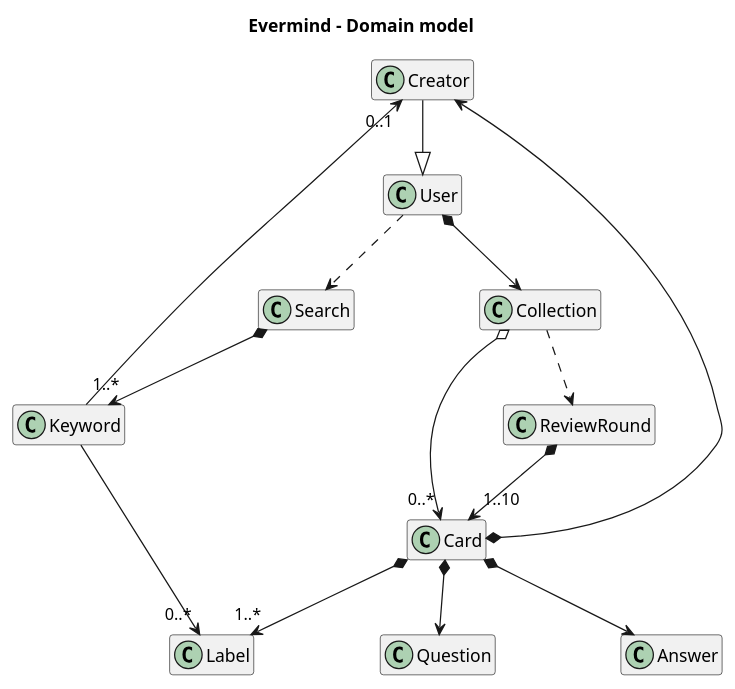
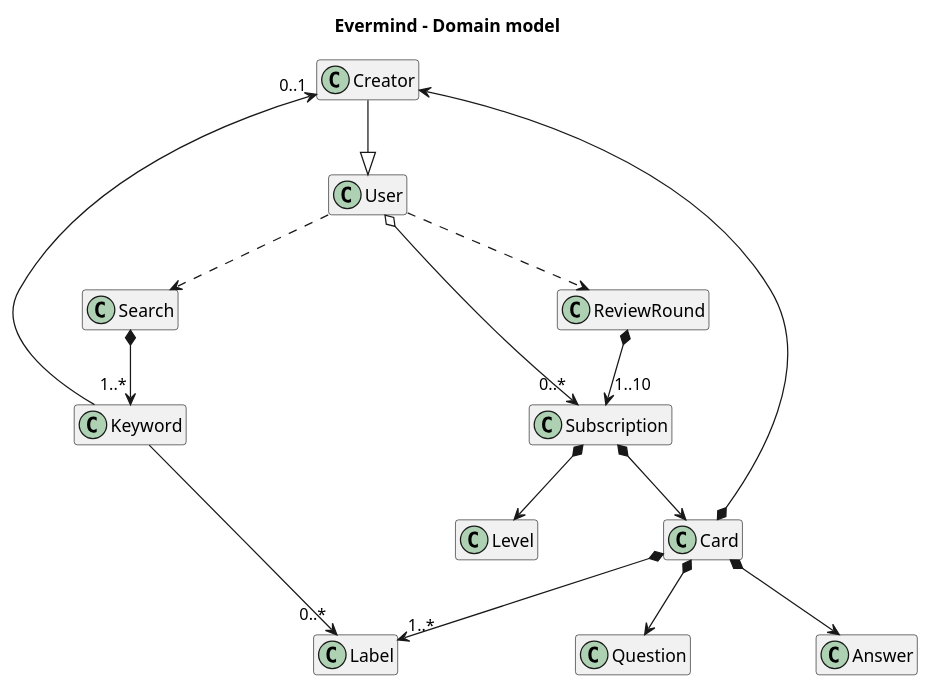
Before and after one commit to ferllop/evermind: the diagram in app/doc/domain-model.puml, drawn with PlantUML. The commit also changed 47 other files, not shown here.

```diff
--- a/app/doc/domain-model.puml
+++ b/app/doc/domain-model.puml
@@ -1,35 +1,38 @@
 @startuml
 
 skinparam nodesep 100
 hide methods
 hide attributes
 hide stereotypes
 
 title Evermind - Domain model
 
 class User
 class Creator
-class Collection
+class Subscription
 class Card
 class Question
 class Answer
 class Label
 class Search
 class Keyword
 class ReviewRound
+class Level
 
 User ..> Search
-User *--> Collection
+User o--> "0..*" Subscription
 Creator --|> User
-Collection o--> "0..*" Card
-Collection ..> ReviewRound
+Subscription *--> Card
+User ..> ReviewRound
+Subscription *--> Level
 Card *--> "1..*" Label
 Card *--> Creator
 Card *--> Question
 Card *--> Answer
 Search *--> "1..*" Keyword
 Keyword -left-> "0..1" Creator
 Keyword --> "0..*" Label
-ReviewRound *--> "1..10" Card
+ReviewRound *--> "1..10" Subscription
+
 
 @enduml
```
